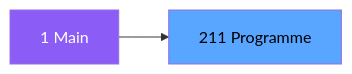
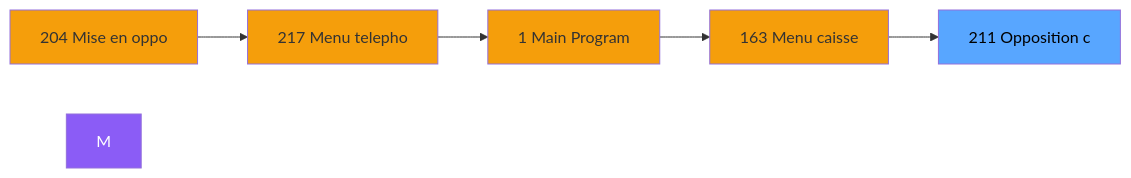
One commit to thonyAGP/magic-migration changed the second of 3 diagrams in .openspec/specs/ADH-IDE-211.md. Above: the diagram before and after it, drawn with Mermaid. The commit also changed other lines of this file and 323 other files, not shown here.

````diff
--- a/.openspec/specs/ADH-IDE-211.md
+++ b/.openspec/specs/ADH-IDE-211.md
@@ -107,8 +117,18 @@
 ```mermaid
 graph LR
-    M[1 Main]
-    T[211 Programme]
-    M --> T
+    N204[204 Mise en oppo]
+    N217[217 Menu telepho]
+    N1[1 Main Program]
+    N163[163 Menu caisse ]
+    T[211 Opposition c]
+    N204 --> N217
+    N217 --> N1
+    N1 --> N163
+    N163 --> T
     style M fill:#8b5cf6,color:#fff
+    style N204 fill:#f59e0b
+    style N217 fill:#f59e0b
+    style N1 fill:#f59e0b
+    style N163 fill:#f59e0b
     style T fill:#58a6ff,color:#000
 ```
````
